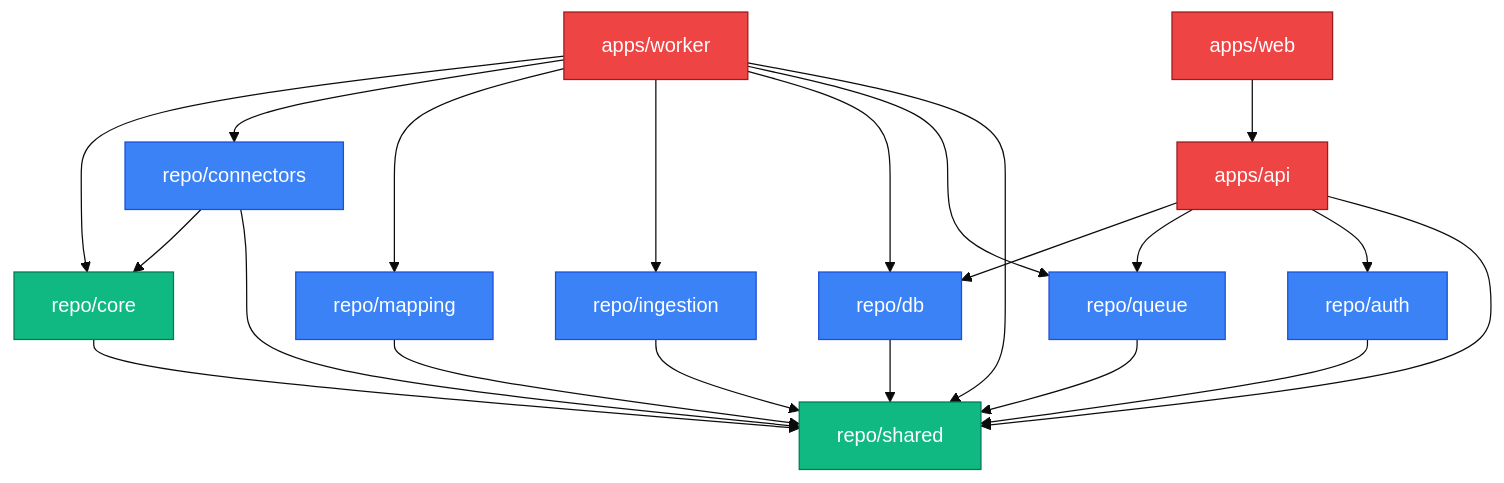
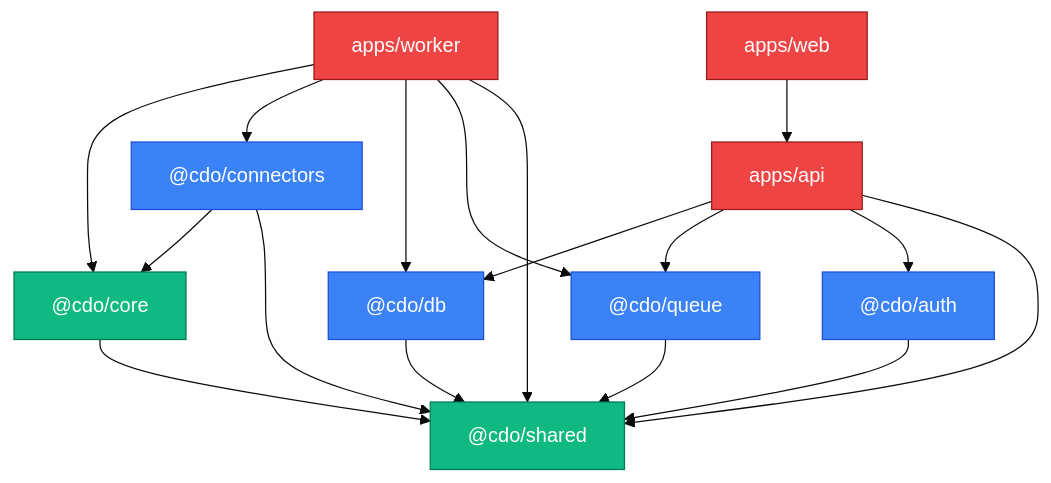
The diagram in docs/architecture/dependency-graph.md (sonishivam1/commerce-orchestrator), drawn with Mermaid (base theme) before and after one commit. The commit also changed other lines of this file and 32 other files, not shown here.

First line of the commit message:
docs: rewrite architecture docs for simplified scope

````diff
--- a/docs/architecture/dependency-graph.md
+++ b/docs/architecture/dependency-graph.md
@@ -7,42 +5,36 @@
 ```mermaid
 graph TD
     classDef app fill:#ef4444,stroke:#991b1b,color:#fff
     classDef pkg fill:#3b82f6,stroke:#1d4ed8,color:#fff
     classDef core fill:#10b981,stroke:#047857,color:#fff
 
     Web["apps/web"]:::app
     API["apps/api"]:::app
     Worker["apps/worker"]:::app
 
-    Core["repo/core"]:::core
-    Shared["repo/shared"]:::core
+    Core["@cdo/core"]:::core
+    Shared["@cdo/shared"]:::core
 
-    Conn["repo/connectors"]:::pkg
-    Map["repo/mapping"]:::pkg
-    Ingest["repo/ingestion"]:::pkg
-    DB["repo/db"]:::pkg
-    Queue["repo/queue"]:::pkg
-    Auth["repo/auth"]:::pkg
+    Conn["@cdo/connectors"]:::pkg
+    DB["@cdo/db"]:::pkg
+    Queue["@cdo/queue"]:::pkg
+    Auth["@cdo/auth"]:::pkg
 
     Web --> API
     API --> DB
     API --> Queue
     API --> Auth
     API --> Shared
     Worker --> Core
     Worker --> Conn
-    Worker --> Map
-    Worker --> Ingest
     Worker --> DB
     Worker --> Queue
     Worker --> Shared
 
     Conn --> Core
     Conn --> Shared
-    Map --> Shared
-    Ingest --> Shared
     Core --> Shared
     DB --> Shared
     Queue --> Shared
     Auth --> Shared
 ```
````
